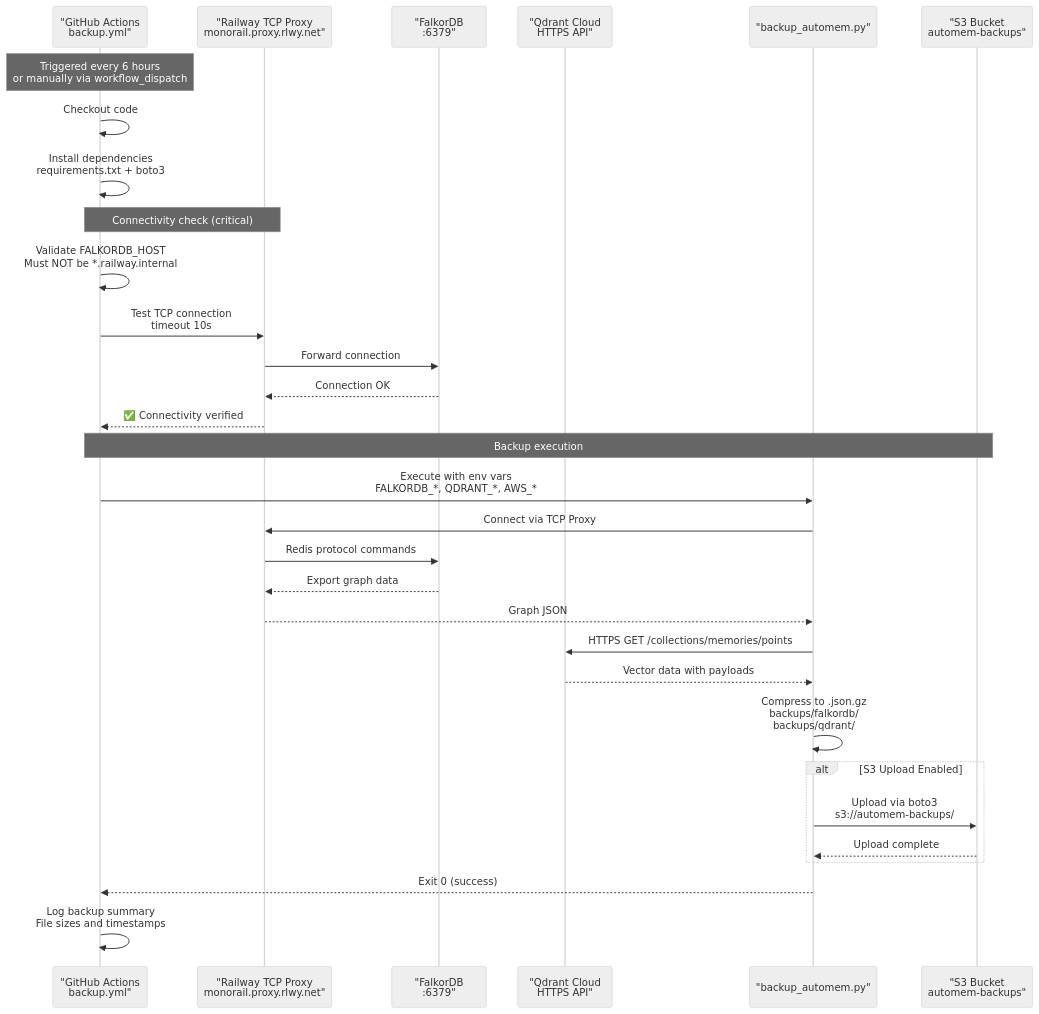
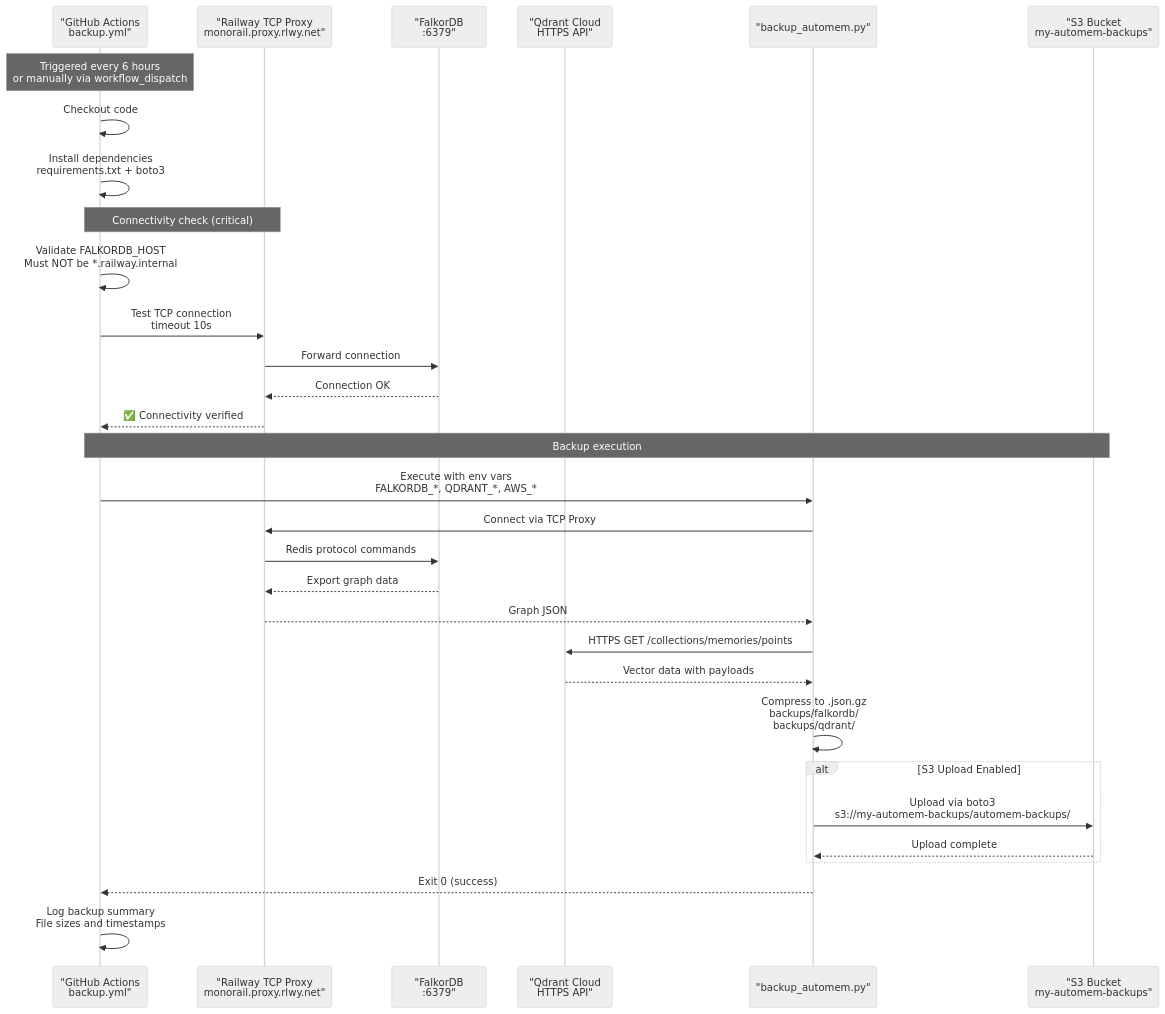
The second of 5 diagrams in src/content/docs/docs/operations/backup.md (verygoodplugins/automem-website), drawn with Mermaid (neutral theme) before and after one commit. The commit also changed other lines of this file and 1 other file, not shown here.

````diff
--- a/src/content/docs/docs/operations/backup.md
+++ b/src/content/docs/docs/operations/backup.md
@@ -184,41 +186,41 @@
 ```mermaid
 sequenceDiagram
     participant GHA as "GitHub Actions<br/>backup.yml"
     participant TCP as "Railway TCP Proxy<br/>monorail.proxy.rlwy.net"
     participant FDB as "FalkorDB<br/>:6379"
     participant QDR as "Qdrant Cloud<br/>HTTPS API"
     participant Script as "backup_automem.py"
-    participant S3 as "S3 Bucket<br/>automem-backups"
+    participant S3 as "S3 Bucket<br/>my-automem-backups"
 
     Note over GHA: Triggered every 6 hours<br/>or manually via workflow_dispatch
 
     GHA->>GHA: Checkout code
     GHA->>GHA: Install dependencies<br/>requirements.txt + boto3
 
     Note over GHA,TCP: Connectivity check (critical)
     GHA->>GHA: Validate FALKORDB_HOST<br/>Must NOT be *.railway.internal
     GHA->>TCP: Test TCP connection<br/>timeout 10s
     TCP->>FDB: Forward connection
     FDB-->>TCP: Connection OK
     TCP-->>GHA: ✅ Connectivity verified
 
     Note over GHA,S3: Backup execution
     GHA->>Script: Execute with env vars<br/>FALKORDB_*, QDRANT_*, AWS_*
     Script->>TCP: Connect via TCP Proxy
     TCP->>FDB: Redis protocol commands
     FDB-->>TCP: Export graph data
     TCP-->>Script: Graph JSON
 
     Script->>QDR: HTTPS GET /collections/memories/points
     QDR-->>Script: Vector data with payloads
 
     Script->>Script: Compress to .json.gz<br/>backups/falkordb/<br/>backups/qdrant/
 
     alt S3 Upload Enabled
-        Script->>S3: Upload via boto3<br/>s3://automem-backups/
+        Script->>S3: Upload via boto3<br/>s3://my-automem-backups/automem-backups/
         S3-->>Script: Upload complete
     end
 
     Script-->>GHA: Exit 0 (success)
     GHA->>GHA: Log backup summary<br/>File sizes and timestamps
 ```
````
